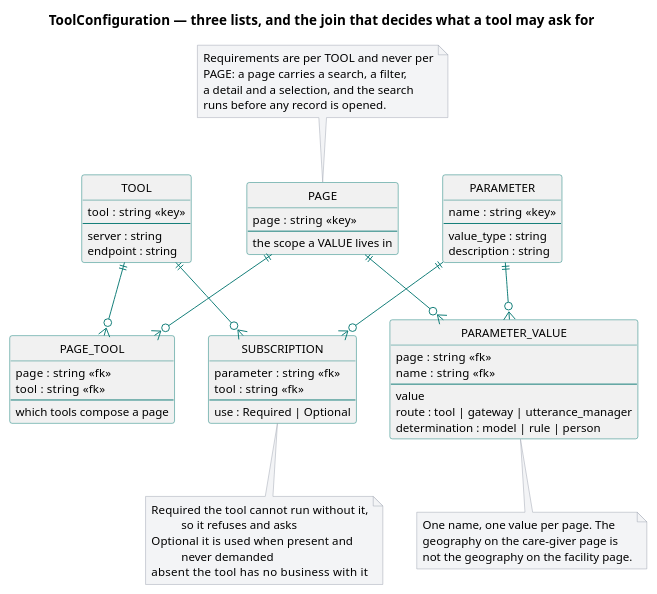
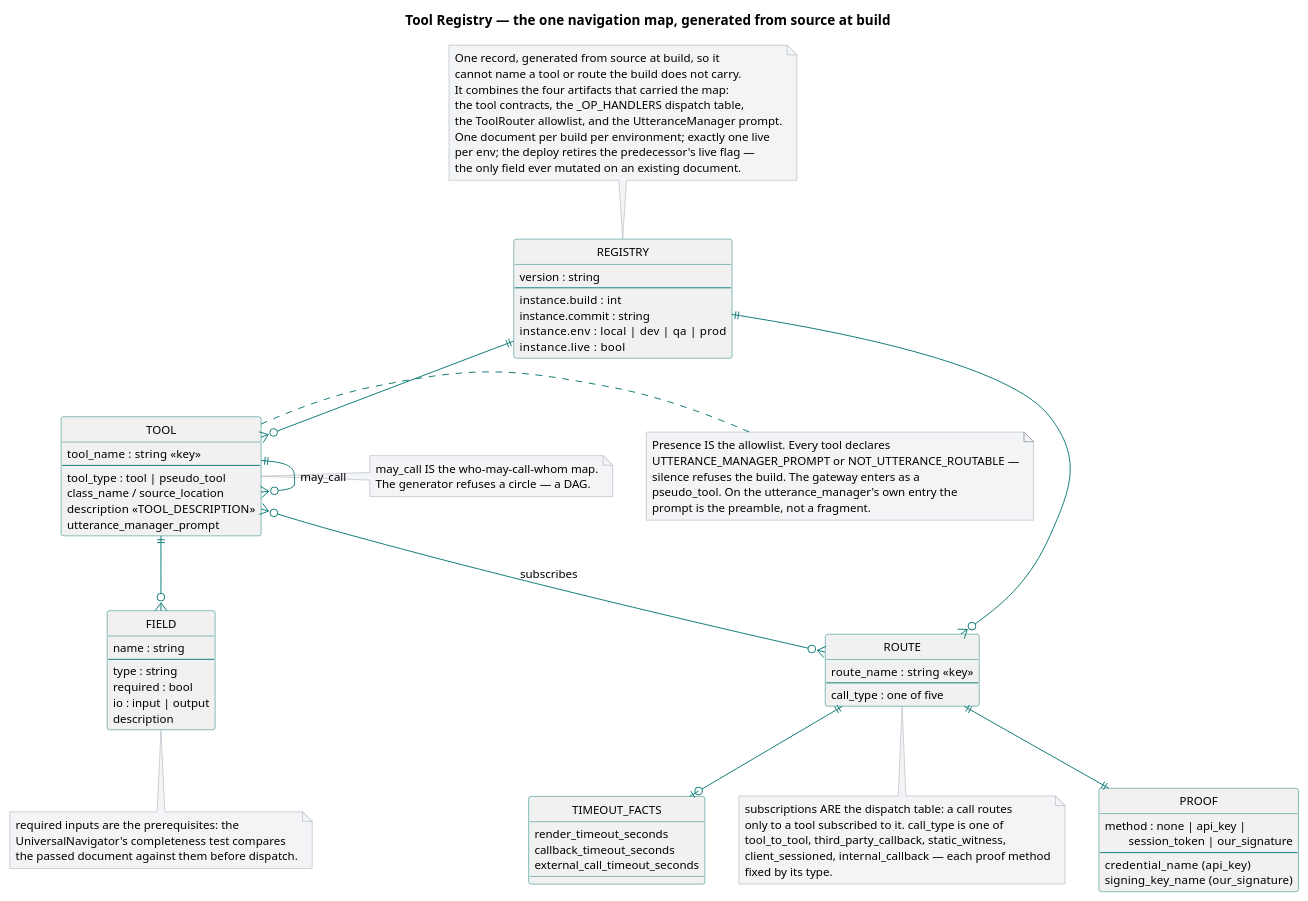
Before and after one commit to SkipSnow/ChatHealthyRepo: the diagram in brain/machine_artifacts/diagramsAndImages/sources/findcare_tool_configuration.puml, drawn with PlantUML. The commit also changed 96 other files, not shown here.

Commit message:
promote local -> dev (2026-09-15T18:11:15.658031+00:00)

```diff
--- a/brain/machine_artifacts/diagramsAndImages/sources/findcare_tool_configuration.puml
+++ b/brain/machine_artifacts/diagramsAndImages/sources/findcare_tool_configuration.puml
@@ -1,83 +1,105 @@
 @startuml
-title ToolConfiguration — three lists, and the join that decides what a tool may ask for
+title Tool Registry — the one navigation map, generated from source at build
 
 skinparam shadowing false
 skinparam defaultFontName Segoe UI
 skinparam defaultFontSize 12
 skinparam ArrowColor #0b7a75
 skinparam ClassBorderColor #0b7a75
 skinparam NoteBackgroundColor #f3f4f6
 skinparam NoteBorderColor #9ca3af
 hide circle
 
-entity "PAGE" as PAGE {
-  page : string  <<key>>
+entity "REGISTRY" as REG {
+  version : string
   --
-  the scope a VALUE lives in
-}
-
-entity "PAGE_TOOL" as PT {
-  page : string  <<fk>>
-  tool : string  <<fk>>
-  --
-  which tools compose a page
+  instance.build  : int
+  instance.commit : string
+  instance.env    : local | dev | qa | prod
+  instance.live   : bool
 }
 
 entity "TOOL" as TOOL {
-  tool : string  <<key>>
+  tool_name : string  <<key>>
   --
-  server : string
-  endpoint : string
+  tool_type : tool | pseudo_tool
+  class_name / source_location
+  description  <<TOOL_DESCRIPTION>>
+  utterance_manager_prompt
 }
 
-entity "PARAMETER" as PARAM {
-  name : string  <<key>>
+entity "FIELD" as FIELD {
+  name : string
   --
-  value_type : string
-  description : string
+  type : string
+  required : bool
+  io : input | output
+  description
 }
 
-entity "SUBSCRIPTION" as SUB {
-  parameter : string  <<fk>>
-  tool : string  <<fk>>
+entity "ROUTE" as ROUTE {
+  route_name : string  <<key>>
   --
-  use : Required | Optional
+  call_type : one of five
 }
 
-entity "PARAMETER_VALUE" as VAL {
-  page : string  <<fk>>
-  name : string  <<fk>>
+entity "PROOF" as PROOF {
+  method : none | api_key |
+  \tsession_token | our_signature
   --
-  value
-  route : tool | gateway | utterance_manager
-  determination : model | rule | person
+  credential_name   (api_key)
+  signing_key_name  (our_signature)
 }
 
-PAGE ||--o{ PT
-TOOL ||--o{ PT
-PARAM ||--o{ SUB
-TOOL ||--o{ SUB
-PAGE ||--o{ VAL
-PARAM ||--o{ VAL
+entity "TIMEOUT_FACTS" as TF {
+  render_timeout_seconds
+  callback_timeout_seconds
+  external_call_timeout_seconds
+}
 
-note bottom of SUB
-  Required  the tool cannot run without it,
-            so it refuses and asks
-  Optional  it is used when present and
-            never demanded
-  absent    the tool has no business with it
+REG   ||--o{ TOOL
+REG   ||--o{ ROUTE
+TOOL  ||--o{ FIELD
+TOOL  ||--o{ TOOL  : may_call
+TOOL  }o--o{ ROUTE : subscribes
+ROUTE ||--|| PROOF
+ROUTE ||--o| TF
+
+note top of REG
+  One record, generated from source at build, so it
+  cannot name a tool or route the build does not carry.
+  It combines the four artifacts that carried the map:
+  the tool contracts, the _OP_HANDLERS dispatch table,
+  the ToolRouter allowlist, and the UtteranceManager prompt.
+  One document per build per environment; exactly one live
+  per env; the deploy retires the predecessor's live flag —
+  the only field ever mutated on an existing document.
 end note
 
-note bottom of VAL
-  One name, one value per page. The
-  geography on the care-giver page is
-  not the geography on the facility page.
+note right of TOOL
+  Presence IS the allowlist. Every tool declares
+  UTTERANCE_MANAGER_PROMPT or NOT_UTTERANCE_ROUTABLE —
+  silence refuses the build. The gateway enters as a
+  pseudo_tool. On the utterance_manager's own entry the
+  prompt is the preamble, not a fragment.
 end note
 
-note top of PAGE
-  Requirements are per TOOL and never per
-  PAGE: a page carries a search, a filter,
-  a detail and a selection, and the search
-  runs before any record is opened.
+note bottom of FIELD
+  required inputs are the prerequisites: the
+  UniversalNavigator's completeness test compares
+  the passed document against them before dispatch.
+end note
+
+note left of TOOL
+  may_call IS the who-may-call-whom map.
+  The generator refuses a circle — a DAG.
+end note
+
+note bottom of ROUTE
+  subscriptions ARE the dispatch table: a call routes
+  only to a tool subscribed to it. call_type is one of
+  tool_to_tool, third_party_callback, static_witness,
+  client_sessioned, internal_callback — each proof method
+  fixed by its type.
 end note
 @enduml
```
